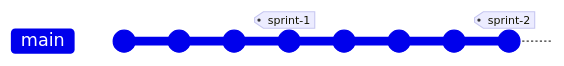
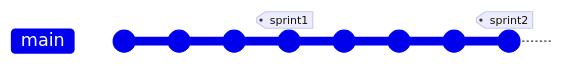
The second of 4 diagrams in material/sprint-1.md (software-development-project-1/software-development-project-1.github.io), drawn with Mermaid before and after one commit. The commit also changed 4 other files, not shown here. Commit ids are hidden.

````diff
--- a/material/sprint-1.md
+++ b/material/sprint-1.md
@@ -549,12 +549,12 @@
 ```mermaid
 gitGraph
    checkout main
    commit
    commit
    commit
-   commit tag: "sprint-1"
+   commit tag: "sprint1"
    commit
    commit
    commit
-   commit tag: "sprint-2"
+   commit tag: "sprint2"
 ```
````
